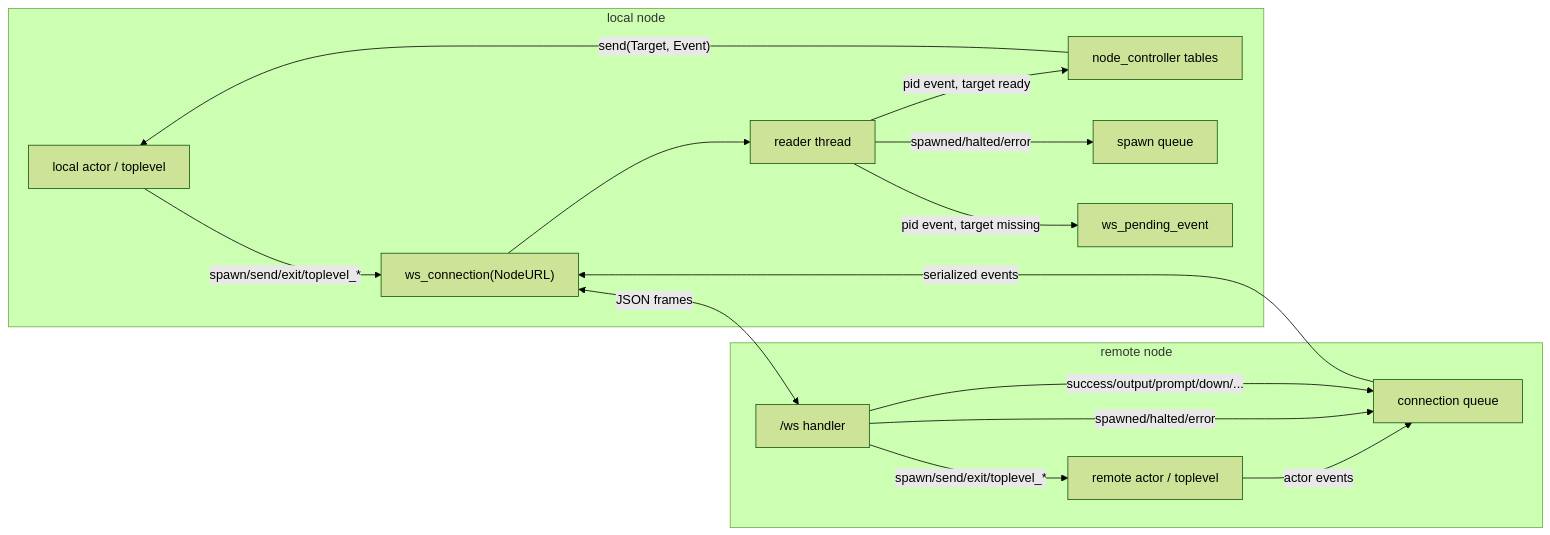
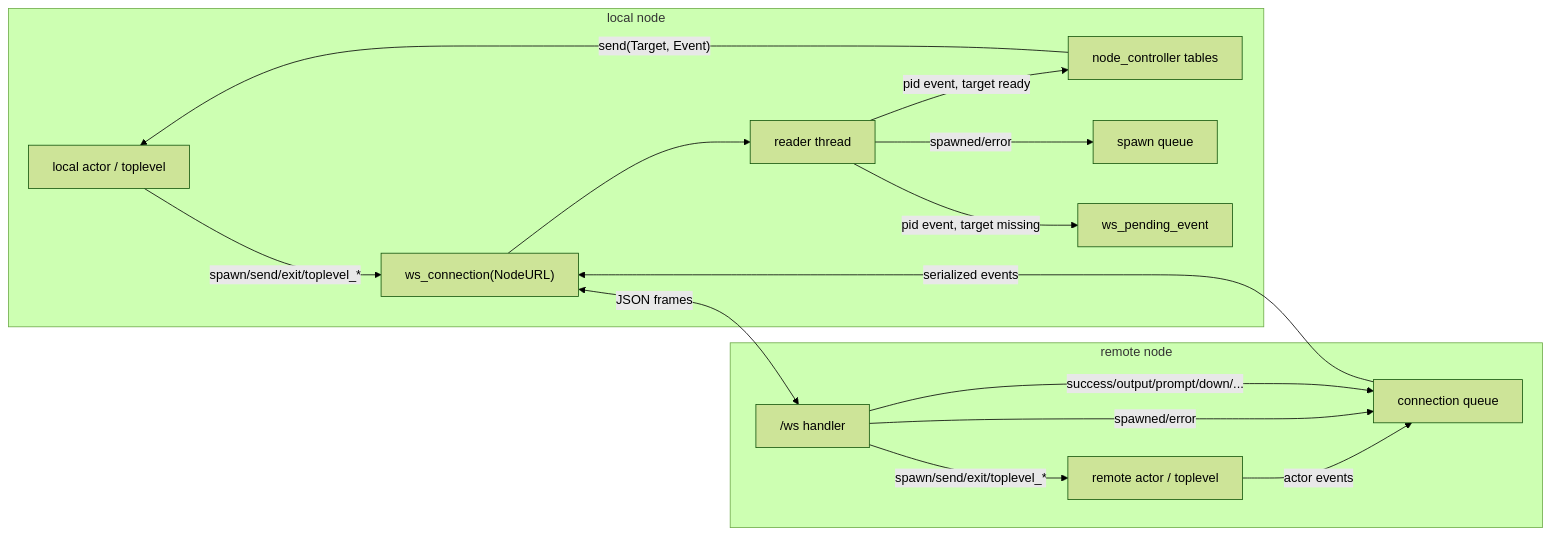
One commit to torbjornlager/trinity-demonstrator changed the first of 3 diagrams in docs/CROSS_NODE_ARCHITECTURE.md. Above: the diagram before and after it, drawn with Mermaid (forest theme). The commit also changed other lines of this file and 18 other files, not shown here.

````diff
--- a/docs/CROSS_NODE_ARCHITECTURE.md
+++ b/docs/CROSS_NODE_ARCHITECTURE.md
@@ -231,30 +231,30 @@
 ```mermaid
 flowchart LR
     subgraph Local["local node"]
         Parent["local actor / toplevel"]
         Controller["node_controller tables"]
         Conn["ws_connection(NodeURL)"]
         Reader["reader thread"]
         SpawnQ["spawn queue"]
         Pending["ws_pending_event"]
     end
 
     subgraph Remote["remote node"]
         WS["/ws handler"]
         Queue["connection queue"]
         RemoteActor["remote actor / toplevel"]
     end
 
     Parent -->|"spawn/send/exit/toplevel_*"| Conn
     Conn <-->|"JSON frames"| WS
     WS -->|"spawn/send/exit/toplevel_*"| RemoteActor
     RemoteActor -->|"actor events"| Queue
-    WS -->|"spawned/halted/error"| Queue
+    WS -->|"spawned/error"| Queue
     WS -->|"success/output/prompt/down/..."| Queue
     Queue -->|"serialized events"| Conn
     Conn --> Reader
-    Reader -->|"spawned/halted/error"| SpawnQ
+    Reader -->|"spawned/error"| SpawnQ
     Reader -->|"pid event, target ready"| Controller
     Reader -->|"pid event, target missing"| Pending
     Controller -->|"send(Target, Event)"| Parent
 ```
````
